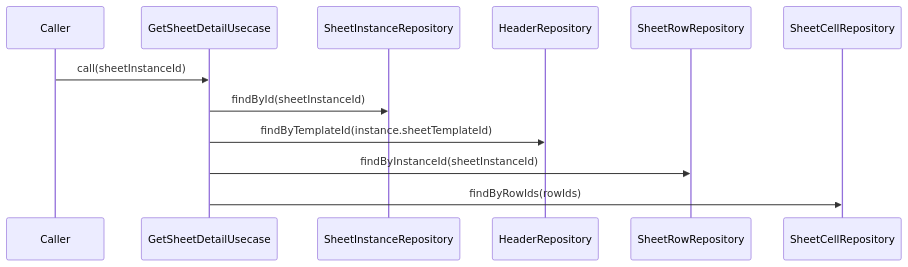
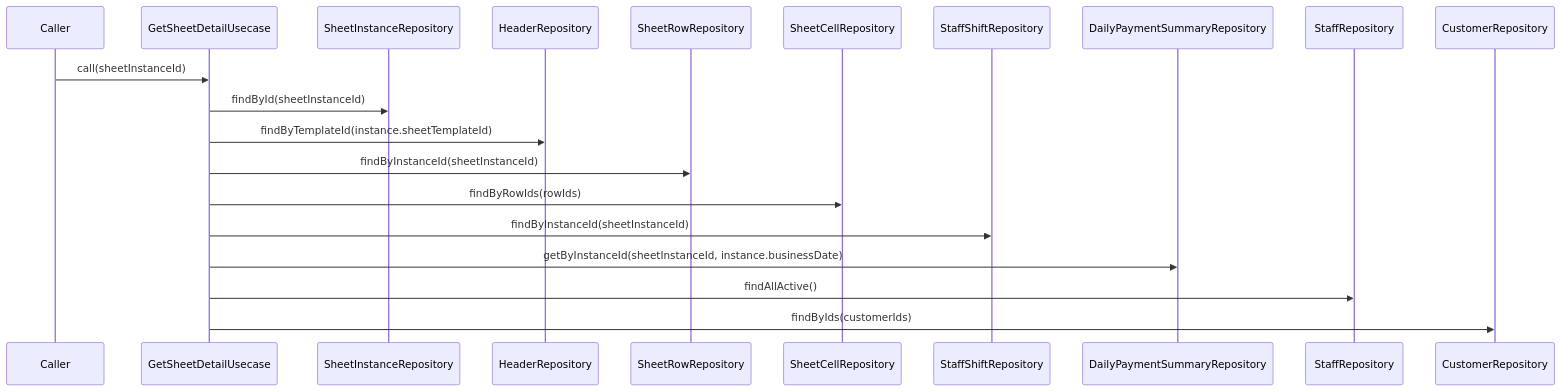
One commit to MinamiyamaKotaro/m3_pad changed the diagram in docs/design/lib/src/features/voucher/domain/usecases/get_sheet_detail_usecase.md. Above: the diagram before and after it, drawn with Mermaid. The commit also changed other lines of this file and 35 other files, not shown here.

First line of the commit message:
Reflect payment method, staff shift, and daily summary specs into design docs

````diff
--- a/docs/design/lib/src/features/voucher/domain/usecases/get_sheet_detail_usecase.md
+++ b/docs/design/lib/src/features/voucher/domain/usecases/get_sheet_detail_usecase.md
@@ -13,15 +14,23 @@
 ```mermaid
 sequenceDiagram
     participant C as Caller
     participant U as GetSheetDetailUsecase
     participant SIR as SheetInstanceRepository
     participant HR as HeaderRepository
     participant SRR as SheetRowRepository
     participant SCR as SheetCellRepository
+    participant SSR as StaffShiftRepository
+    participant DPS as DailyPaymentSummaryRepository
+    participant StR as StaffRepository
+    participant CR as CustomerRepository
 
     C->>U: call(sheetInstanceId)
     U->>SIR: findById(sheetInstanceId)
     U->>HR: findByTemplateId(instance.sheetTemplateId)
     U->>SRR: findByInstanceId(sheetInstanceId)
     U->>SCR: findByRowIds(rowIds)
+    U->>SSR: findByInstanceId(sheetInstanceId)
+    U->>DPS: getByInstanceId(sheetInstanceId, instance.businessDate)
+    U->>StR: findAllActive()
+    U->>CR: findByIds(customerIds)
 ```
````
